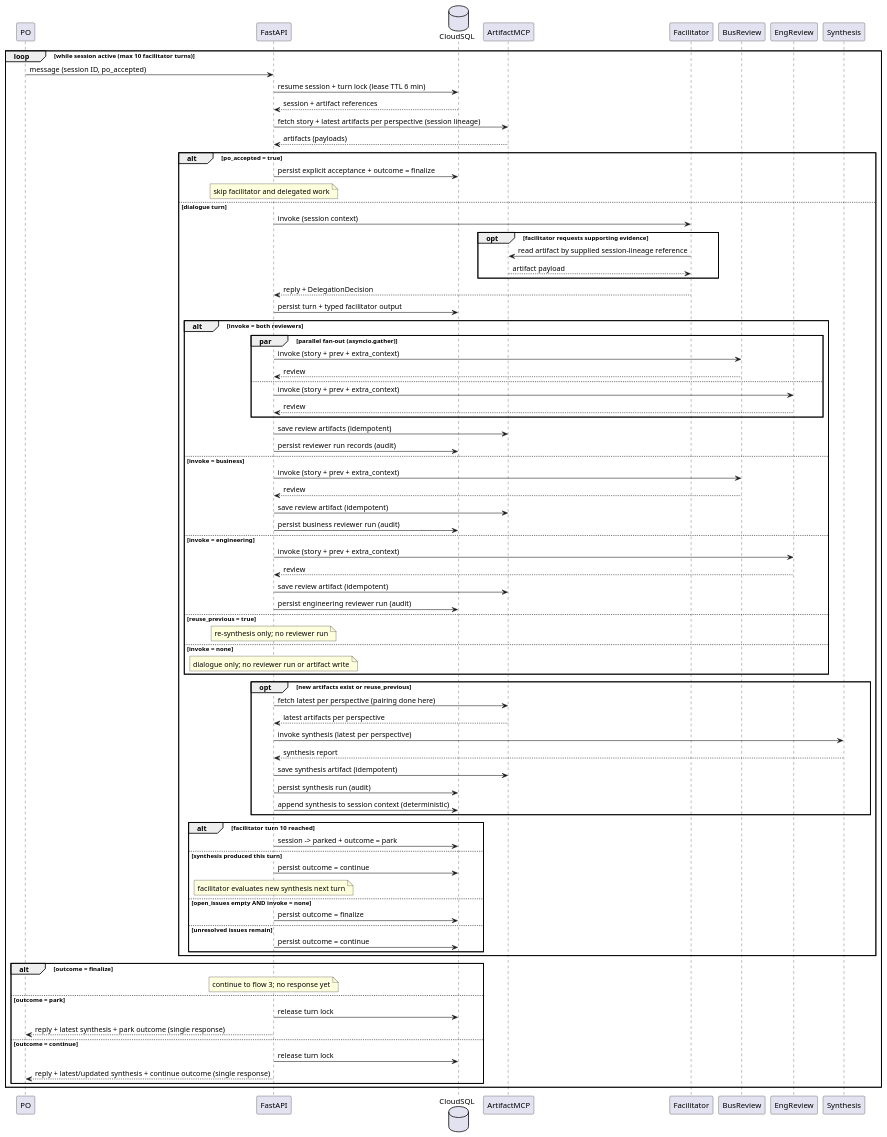
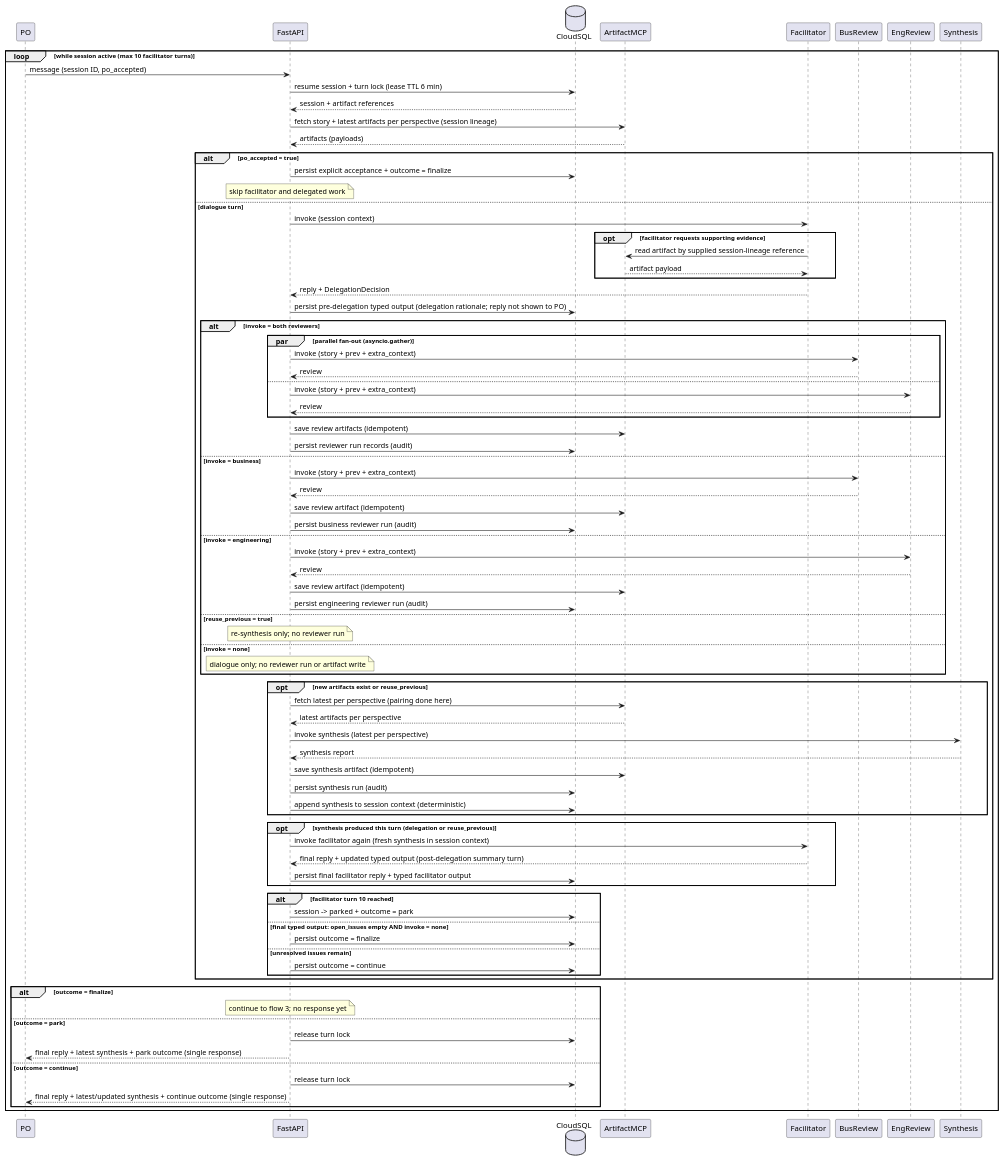
One commit to MMZ993/story-review changed the diagram in docs/design/diagrams/flow2.puml. Above: the diagram before and after it, drawn with PlantUML. The commit also changed 7 other files, not shown here.

Commit message:
docs: add post-delegation facilitator summary turn to flow 2 (d21)

```diff
--- a/docs/design/diagrams/flow2.puml
+++ b/docs/design/diagrams/flow2.puml
@@ -1,82 +1,84 @@
 @startuml
 participant PO
 participant "FastAPI" as F
 database "CloudSQL" as C
 participant "ArtifactMCP" as A
 participant "Facilitator" as T
 participant "BusReview" as B
 participant "EngReview" as E
 participant "Synthesis" as Y
 loop while session active (max 10 facilitator turns)
 PO -> F: message (session ID, po_accepted)
 F -> C: resume session + turn lock (lease TTL 6 min)
 C --> F: session + artifact references
 F -> A: fetch story + latest artifacts per perspective (session lineage)
 A --> F: artifacts (payloads)
 alt po_accepted = true
 F -> C: persist explicit acceptance + outcome = finalize
 note over F: skip facilitator and delegated work
 else dialogue turn
 F -> T: invoke (session context)
 opt facilitator requests supporting evidence
 T -> A: read artifact by supplied session-lineage reference
 A --> T: artifact payload
 end
 T --> F: reply + DelegationDecision
-F -> C: persist turn + typed facilitator output
+F -> C: persist pre-delegation typed output (delegation rationale; reply not shown to PO)
 alt invoke = both reviewers
 par parallel fan-out (asyncio.gather)
 F -> B: invoke (story + prev + extra_context)
 B --> F: review
 else
 F -> E: invoke (story + prev + extra_context)
 E --> F: review
 end
 F -> A: save review artifacts (idempotent)
 F -> C: persist reviewer run records (audit)
 else invoke = business
 F -> B: invoke (story + prev + extra_context)
 B --> F: review
 F -> A: save review artifact (idempotent)
 F -> C: persist business reviewer run (audit)
 else invoke = engineering
 F -> E: invoke (story + prev + extra_context)
 E --> F: review
 F -> A: save review artifact (idempotent)
 F -> C: persist engineering reviewer run (audit)
 else reuse_previous = true
 note over F: re-synthesis only; no reviewer run
 else invoke = none
 note over F: dialogue only; no reviewer run or artifact write
 end
 opt new artifacts exist or reuse_previous
 F -> A: fetch latest per perspective (pairing done here)
 A --> F: latest artifacts per perspective
 F -> Y: invoke synthesis (latest per perspective)
 Y --> F: synthesis report
 F -> A: save synthesis artifact (idempotent)
 F -> C: persist synthesis run (audit)
 F -> C: append synthesis to session context (deterministic)
 end
+opt synthesis produced this turn (delegation or reuse_previous)
+F -> T: invoke facilitator again (fresh synthesis in session context)
+T --> F: final reply + updated typed output (post-delegation summary turn)
+F -> C: persist final facilitator reply + typed facilitator output
+end
 alt facilitator turn 10 reached
 F -> C: session -> parked + outcome = park
-else synthesis produced this turn
-F -> C: persist outcome = continue
-note over F: facilitator evaluates new synthesis next turn
-else open_issues empty AND invoke = none
+else final typed output: open_issues empty AND invoke = none
 F -> C: persist outcome = finalize
 else unresolved issues remain
 F -> C: persist outcome = continue
 end
 end
 alt outcome = finalize
 note over F: continue to flow 3; no response yet
 else outcome = park
 F -> C: release turn lock
-F --> PO: reply + latest synthesis + park outcome (single response)
+F --> PO: final reply + latest synthesis + park outcome (single response)
 else outcome = continue
 F -> C: release turn lock
-F --> PO: reply + latest/updated synthesis + continue outcome (single response)
+F --> PO: final reply + latest/updated synthesis + continue outcome (single response)
 end
 end
 @enduml
```
